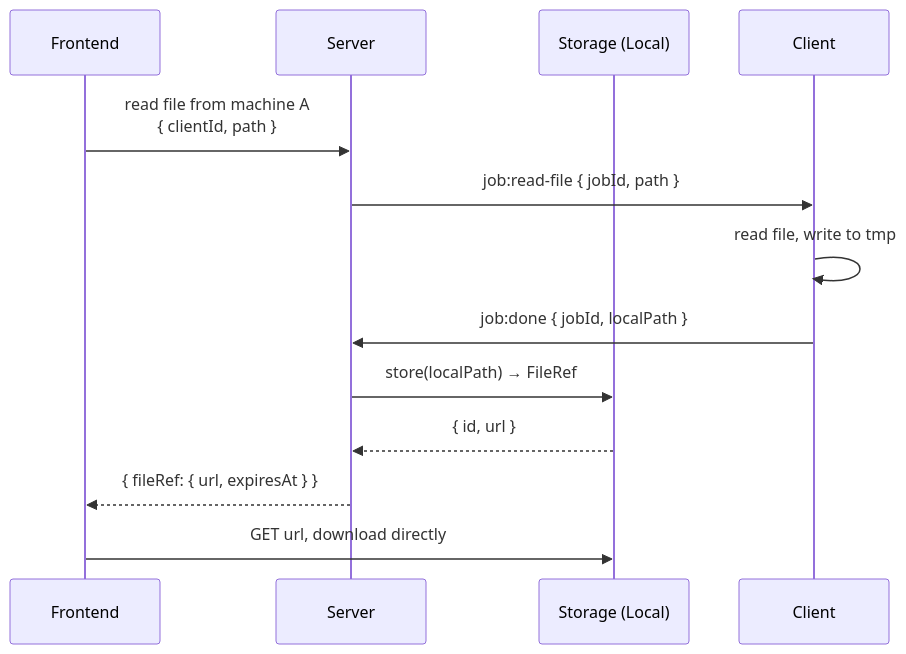
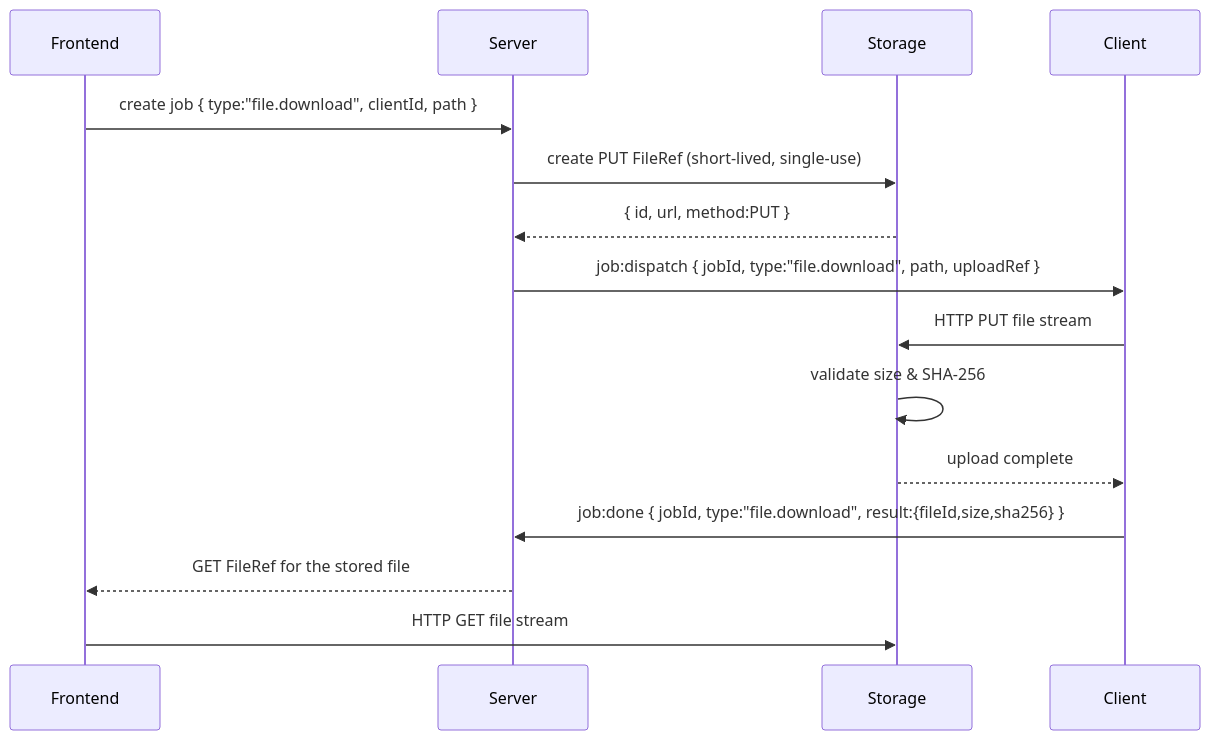
The ninth of 10 diagrams in docs/server-client-interaction-design.md (xuzhen97/VCPDeck), drawn with Mermaid before and after one commit. The commit also changed other lines of this file and 1 other file, not shown here.

Commit message:
docs: Typed Job 内核架构设计 spec + 交互模型同步更新

````diff
--- a/docs/server-client-interaction-design.md
+++ b/docs/server-client-interaction-design.md
@@ -313,18 +525,21 @@
 ```mermaid
 sequenceDiagram
     participant FE as Frontend
     participant S as Server
-    participant ST as Storage (Local)
+    participant ST as Storage
     participant C as Client
 
-    FE->>S: read file from machine A<br/>{ clientId, path }
-    S->>C: job:read-file { jobId, path }
-    C->>C: read file, write to tmp
-    C->>S: job:done { jobId, localPath }
+    FE->>S: create job { type:"file.download", clientId, path }
+    S->>ST: create PUT FileRef (short-lived, single-use)
+    ST-->>S: { id, url, method:PUT }
 
-    S->>ST: store(localPath) → FileRef
-    ST-->>S: { id, url }
+    S->>C: job:dispatch { jobId, type:"file.download", path, uploadRef }
+    C->>ST: HTTP PUT file stream
+    ST->>ST: validate size & SHA-256
+    ST-->>C: upload complete
 
-    S-->>FE: { fileRef: { url, expiresAt } }
-    FE->>ST: GET url, download directly
+    C->>S: job:done { jobId, type:"file.download", result:{fileId,size,sha256} }
+
+    S-->>FE: GET FileRef for the stored file
+    FE->>ST: HTTP GET file stream
 ```
````
